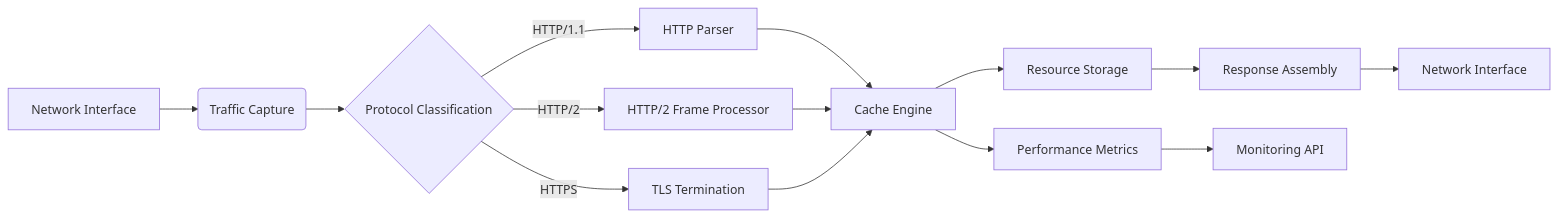
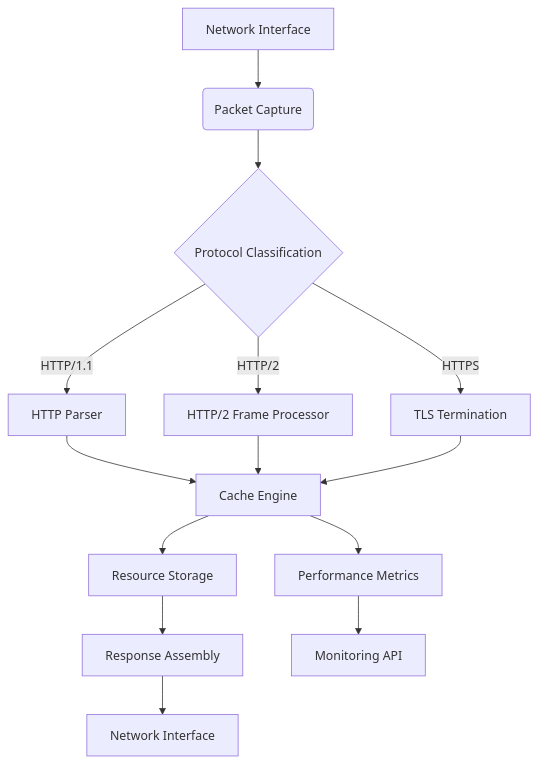
One commit to luxovee/fluxlon changed the first of 2 diagrams in README.md. Above: the diagram before and after it, drawn with Mermaid. The commit also changed other lines of this file, not shown here.

````diff
--- a/README.md
+++ b/README.md
@@ -26,16 +21,16 @@
 ```mermaid
-graph LR
-    A[Network Interface] --> B(Traffic Capture)
+graph TD
+    A[Network Interface] --> B(Packet Capture)
     B --> C{Protocol Classification}
     C -->|HTTP/1.1| D[HTTP Parser]
     C -->|HTTP/2| E[HTTP/2 Frame Processor]
     C -->|HTTPS| F[TLS Termination]
     D --> G[Cache Engine]
     E --> G
     F --> G
     G --> H[Resource Storage]
     H --> I[Response Assembly]
     I --> J[Network Interface]
     G --> K[Performance Metrics]
     K --> L[Monitoring API]
 ```
````
